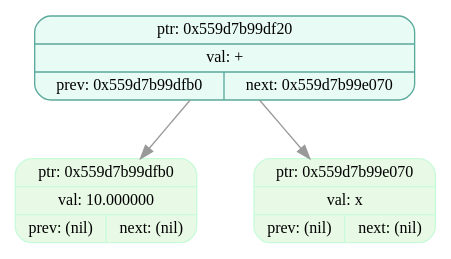
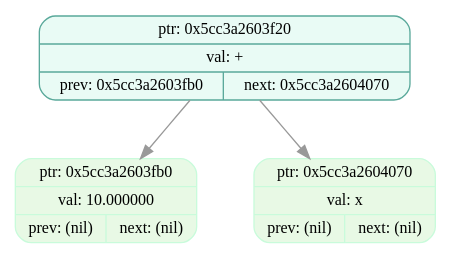
Before and after one commit to EvilTomato9890/Difference: the diagram in dumps/tree_dump_002.dot, drawn with Graphviz. The commit also changed 36 other files, not shown here.

```diff
--- a/dumps/tree_dump_002.dot
+++ b/dumps/tree_dump_002.dot
@@ -1,9 +1,9 @@
 digraph T{
   node [fontname="Fira Mono",shape=record,style="filled,rounded",fontsize=12];
   graph [splines=true, nodesep=0.6, ranksep=0.6];
-  node_0x559d7b99df20[shape=record,label="{ {ptr: 0x559d7b99df20} | {val: +} | { prev: 0x559d7b99dfb0 | next: 0x559d7b99e070 } }",color="#5aa99b",fillcolor="#e9fbf5"];
-  node_0x559d7b99dfb0[shape=record,label="{ {ptr: 0x559d7b99dfb0} | {val: 10.000000} | { prev: (nil) | next: (nil) } }",color="#c9fbdbff",fillcolor="#e8f9e5ff"];
-  node_0x559d7b99e070[shape=record,label="{ {ptr: 0x559d7b99e070} | {val: x} | { prev: (nil) | next: (nil) } }",color="#c9fbdbff",fillcolor="#e8f9e5ff"];
-  node_0x559d7b99df20 -> node_0x559d7b99dfb0 [color="#999999"];
-  node_0x559d7b99df20 -> node_0x559d7b99e070 [color="#999999"];
+  node_0x5cc3a2603f20[shape=record,label="{ {ptr: 0x5cc3a2603f20} | {val: +} | { prev: 0x5cc3a2603fb0 | next: 0x5cc3a2604070 } }",color="#5aa99b",fillcolor="#e9fbf5"];
+  node_0x5cc3a2603fb0[shape=record,label="{ {ptr: 0x5cc3a2603fb0} | {val: 10.000000} | { prev: (nil) | next: (nil) } }",color="#c9fbdbff",fillcolor="#e8f9e5ff"];
+  node_0x5cc3a2604070[shape=record,label="{ {ptr: 0x5cc3a2604070} | {val: x} | { prev: (nil) | next: (nil) } }",color="#c9fbdbff",fillcolor="#e8f9e5ff"];
+  node_0x5cc3a2603f20 -> node_0x5cc3a2603fb0 [color="#999999"];
+  node_0x5cc3a2603f20 -> node_0x5cc3a2604070 [color="#999999"];
 }
```
